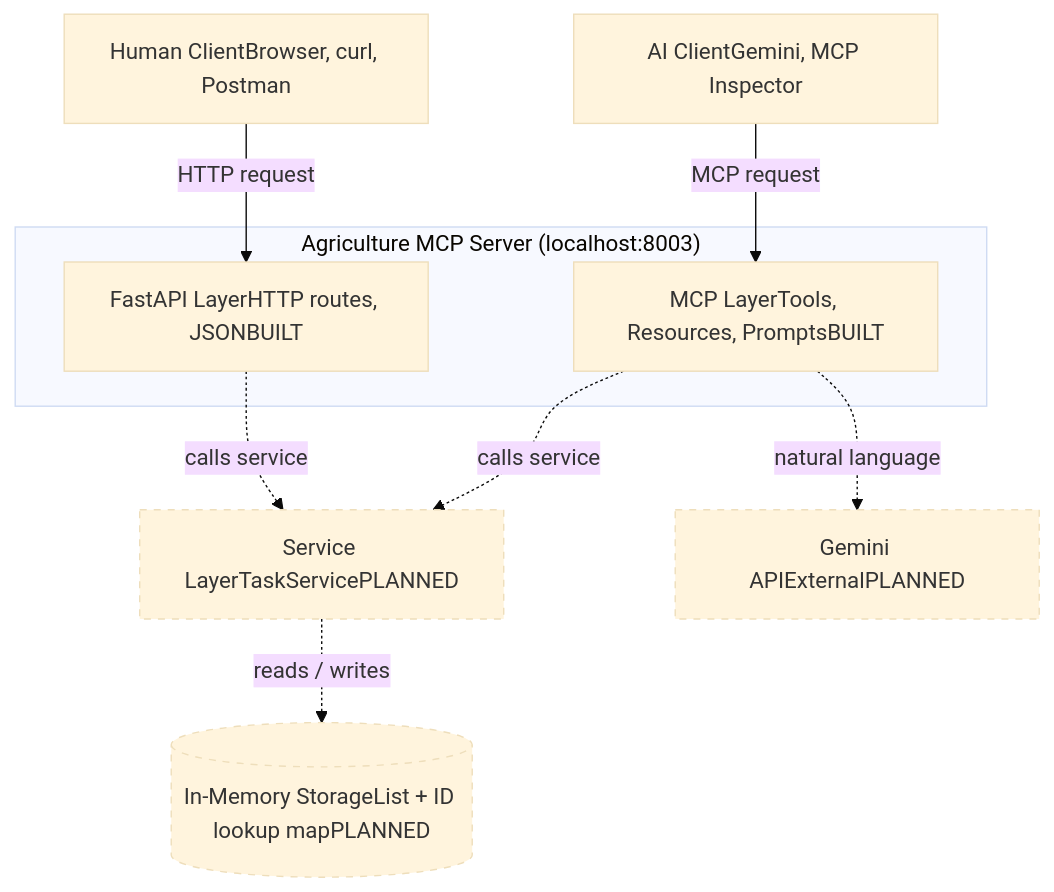
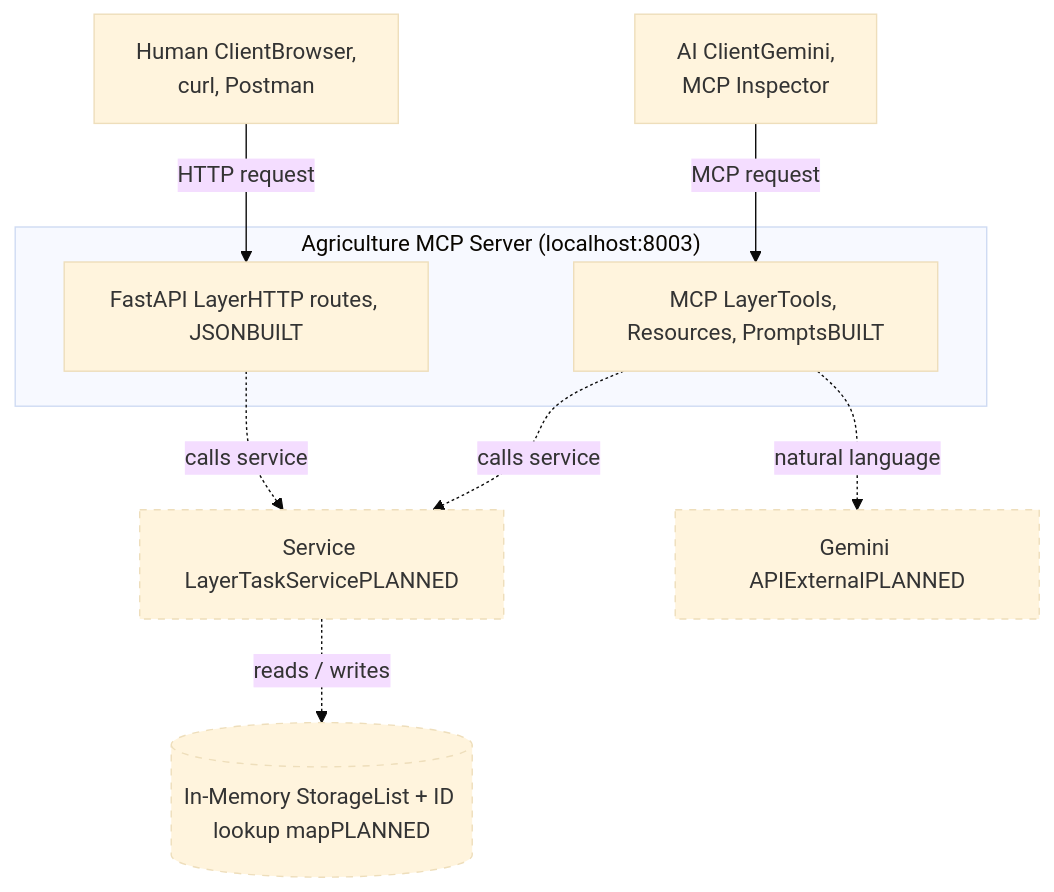
The diagram in app/docs/architecture.md (Davidvisualstudio007/ipos-open-source-2026S1), drawn with Mermaid (base theme) before and after one commit.

Commit message:
docs: fix line break

````diff
--- a/app/docs/architecture.md
+++ b/app/docs/architecture.md
@@ -7,27 +7,27 @@
 ```mermaid
 graph TD
-    HumanClient["Human ClientBrowser, curl, Postman"]
-    AIClient["AI ClientGemini, MCP Inspector"]
+    HumanClient["Human ClientBrowser,<br/> curl, Postman"]
+    AIClient["AI ClientGemini,<br/>MCP Inspector"]
     Gemini["Gemini APIExternalPLANNED"]
 
     subgraph AgServer ["Agriculture MCP Server (localhost:8003)"]
         FastAPI["FastAPI LayerHTTP routes, JSONBUILT"]
         MCP["MCP LayerTools, Resources, PromptsBUILT"]
     end
 
     Service["Service LayerTaskServicePLANNED"]
     Storage[("In-Memory StorageList + ID lookup mapPLANNED")]
 
     HumanClient -->|HTTP request| FastAPI
     AIClient -->|MCP request| MCP
 
     FastAPI -.->|calls service| Service
     MCP -.->|calls service| Service
     MCP -.->|natural language| Gemini
 
     Service -.->|reads / writes| Storage
 
     style Service stroke-dasharray: 5 5
     style Storage stroke-dasharray: 5 5
     style Gemini stroke-dasharray: 5 5
 ```
````
